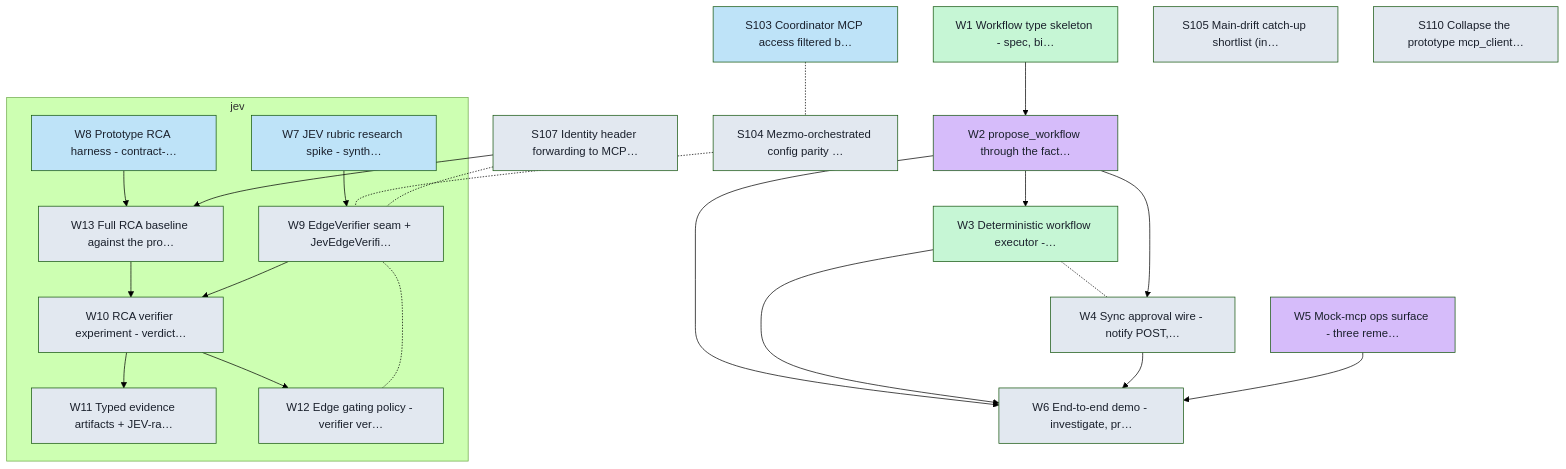
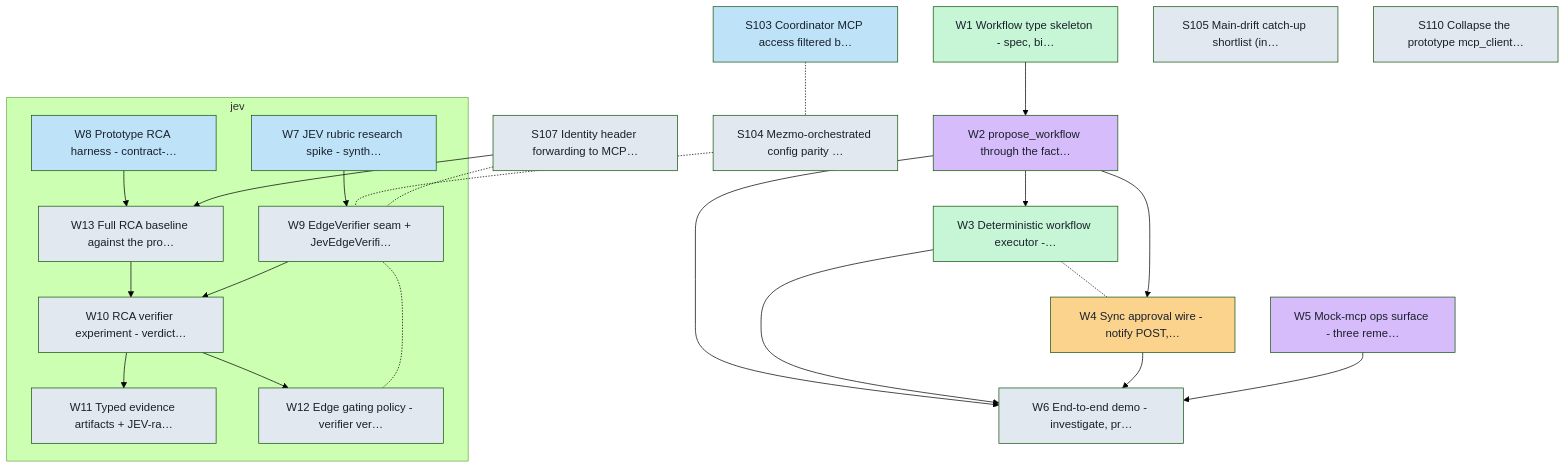
Before and after one commit to Shearerbeard/agent-driver-prototype: the diagram in docs/board/cards/graph.md, drawn with Mermaid (forest theme). The commit also changed 10 other files, not shown here.

````diff
--- a/docs/board/cards/graph.md
+++ b/docs/board/cards/graph.md
@@ -8,47 +8,47 @@
 ```mermaid
 flowchart TD
   classDef backlog fill:#e2e8f0,color:#1a202c;
   classDef ready fill:#bee3f8,color:#1a202c;
   classDef inprogress fill:#fbd38d,color:#1a202c;
   classDef inreview fill:#d6bcfa,color:#1a202c;
   classDef done fill:#c6f6d5,color:#1a202c;
   subgraph lane_jev["jev"]
     W7["W7 JEV rubric research spike - synth…"]:::ready
     W8["W8 Prototype RCA harness - contract-…"]:::ready
     W9["W9 EdgeVerifier seam + JevEdgeVerifi…"]:::backlog
     W10["W10 RCA verifier experiment - verdict…"]:::backlog
     W11["W11 Typed evidence artifacts + JEV-ra…"]:::backlog
     W12["W12 Edge gating policy - verifier ver…"]:::backlog
     W13["W13 Full RCA baseline against the pro…"]:::backlog
   end
   W1["W1 Workflow type skeleton - spec, bi…"]:::done
   W2["W2 propose_workflow through the fact…"]:::inreview
   W3["W3 Deterministic workflow executor -…"]:::done
-  W4["W4 Sync approval wire - notify POST,…"]:::backlog
+  W4["W4 Sync approval wire - notify POST,…"]:::inprogress
   W5["W5 Mock-mcp ops surface - three reme…"]:::inreview
   W6["W6 End-to-end demo - investigate, pr…"]:::backlog
   S103["S103 Coordinator MCP access filtered b…"]:::ready
   S104["S104 Mezmo-orchestrated config parity …"]:::backlog
   S105["S105 Main-drift catch-up shortlist (in…"]:::backlog
   S107["S107 Identity header forwarding to MCP…"]:::backlog
   S110["S110 Collapse the prototype mcp_client…"]:::backlog
   W1 --> W2
   W2 --> W3
   W3 -.- W4
   W2 --> W4
   W2 --> W6
   W3 --> W6
   W4 --> W6
   W5 --> W6
   W7 --> W9
   W13 --> W10
   W9 --> W10
   W10 --> W11
   W10 --> W12
   W12 -.- W9
   W8 --> W13
   S107 --> W13
   S103 -.- S104
   S104 -.- W9
   S107 -.- W9
 ```
````
